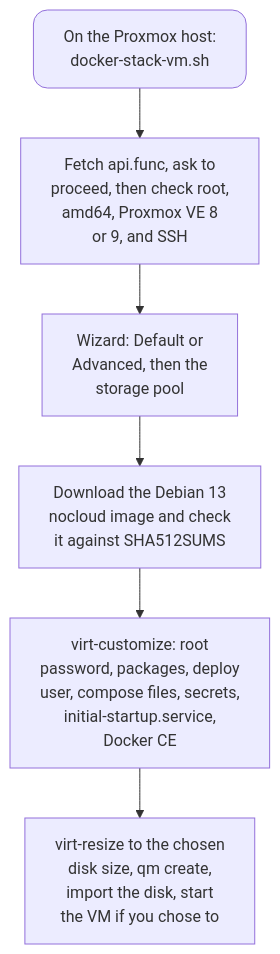
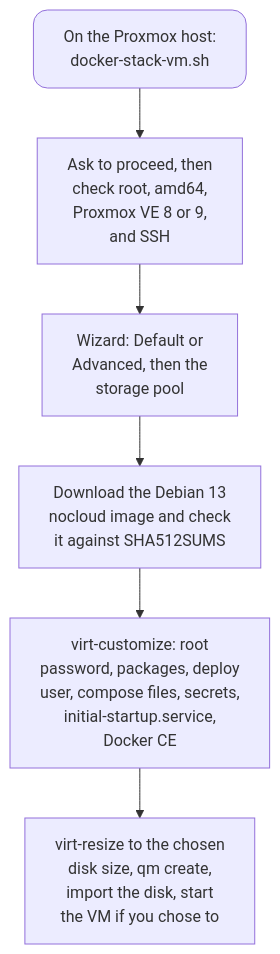
One commit to rob-paprocki/docker-pve changed the diagram in docs/images/how-it-works-host.mmd. Above: the diagram before and after it, drawn with Mermaid. The commit also changed 30 other files, not shown here.

```diff
--- a/docs/images/how-it-works-host.mmd
+++ b/docs/images/how-it-works-host.mmd
@@ -1,10 +1,10 @@
 flowchart TD
   %% How it works, part 1: docker-stack-vm.sh on the Proxmox host.
   %% Source for how-it-works-host.svg (and its -light/-dark renders).
   %% After editing, regenerate them from the repo root: docs/images/render.sh
   S["On the Proxmox host:<br/>docker-stack-vm.sh"]:::start --> A
-  A["Fetch api.func, ask to<br/>proceed, then check root,<br/>amd64, Proxmox VE 8<br/>or 9, and SSH"] --> B["Wizard: Default or<br/>Advanced, then the<br/>storage pool"]
+  A["Ask to proceed, then<br/>check root, amd64,<br/>Proxmox VE 8 or 9,<br/>and SSH"] --> B["Wizard: Default or<br/>Advanced, then the<br/>storage pool"]
   B --> C["Download the Debian 13<br/>nocloud image and check<br/>it against SHA512SUMS"]
   C --> D["virt-customize: root<br/>password, packages, deploy<br/>user, compose files, secrets,<br/>initial-startup.service,<br/>Docker CE"]
   D --> E["virt-resize to the chosen<br/>disk size, qm create,<br/>import the disk, start<br/>the VM if you chose to"]
   classDef start rx:14,ry:14
```
